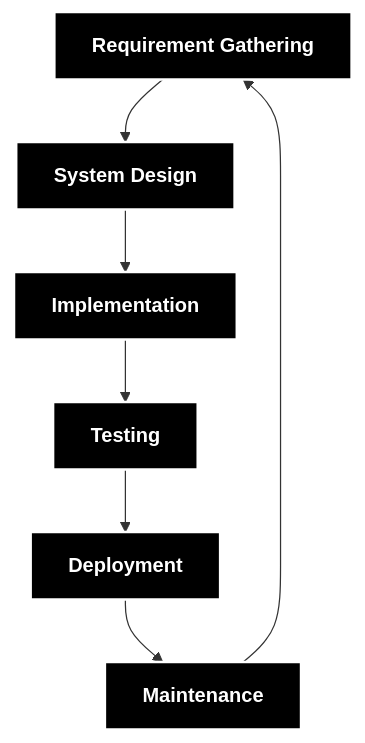
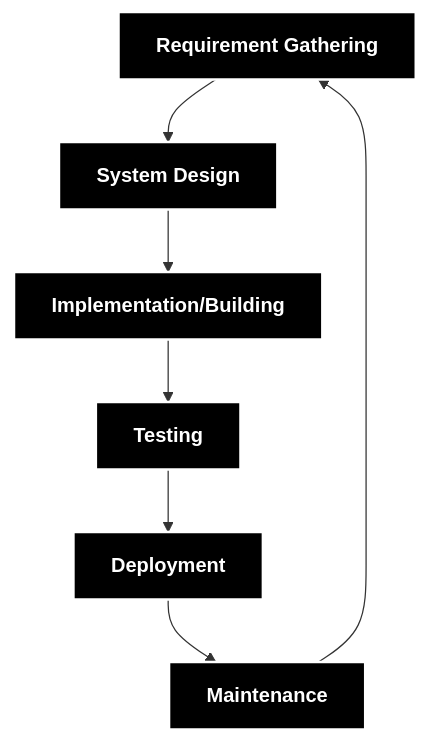
Before and after one commit to email4prasanth/MLOps_Notes: the diagram in 00_Intro.md, drawn with Mermaid. The commit also changed other lines of this file and 6 other files, not shown here.

````diff
--- a/00_Intro.md
+++ b/00_Intro.md
@@ -2,17 +2,17 @@
 ```mermaid
 flowchart TD
     A[Requirement Gathering] --> B[System Design]
-    B --> C[Implementation]
+    B --> C[Implementation/Building]
     C --> D[Testing]
     D --> E[Deployment]
     E --> F[Maintenance]
     F --> A
 
     style A fill:#000,stroke:#fff,stroke-width:2px,color:#fff,font-weight:bold
     style B fill:#000,stroke:#fff,stroke-width:2px,color:#fff,font-weight:bold
     style C fill:#000,stroke:#fff,stroke-width:2px,color:#fff,font-weight:bold
     style D fill:#000,stroke:#fff,stroke-width:2px,color:#fff,font-weight:bold
     style E fill:#000,stroke:#fff,stroke-width:2px,color:#fff,font-weight:bold
     style F fill:#000,stroke:#fff,stroke-width:2px,color:#fff,font-weight:bold
 
 ```
````
